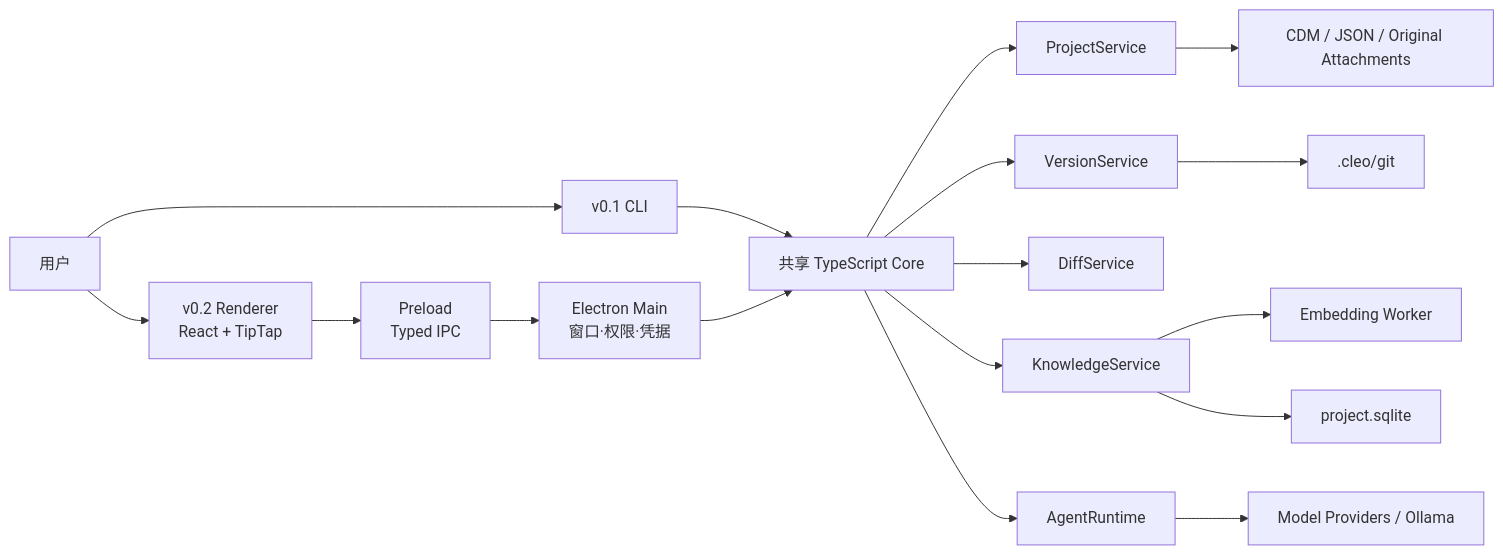
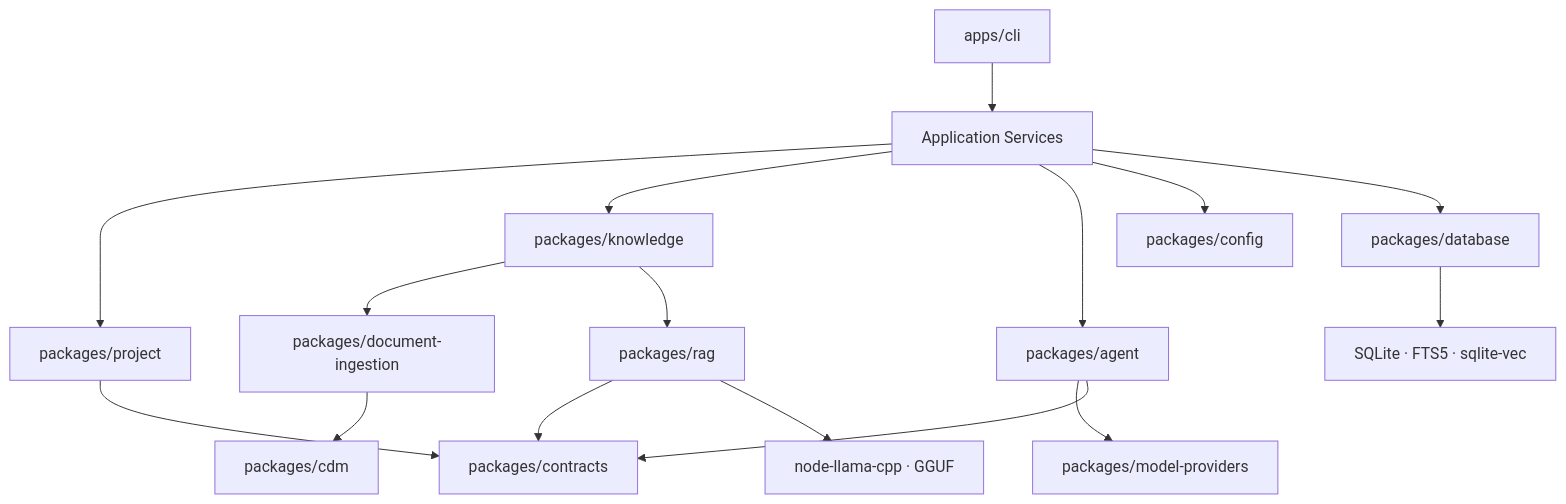
One commit to Mengman/CleoDoc changed the first of 3 diagrams in docs/TECHNICAL_ARCHITECTURE.md. Above: the diagram before and after it, drawn with Mermaid. The commit also changed other lines of this file and 13 other files, not shown here.

````diff
--- a/docs/TECHNICAL_ARCHITECTURE.md
+++ b/docs/TECHNICAL_ARCHITECTURE.md
@@ -95,19 +34,18 @@
 ```mermaid
-flowchart LR
-    USER["用户"] --> CLI["v0.1 CLI"]
-    CLI --> CORE["共享 TypeScript Core"]
-    USER --> UI["v0.2 Renderer<br/>React + TipTap"]
-    UI --> PRELOAD["Preload<br/>Typed IPC"]
-    PRELOAD --> MAIN["Electron Main<br/>窗口·权限·凭据"]
-    MAIN --> CORE
-    CORE --> PROJECT["ProjectService"]
-    CORE --> VERSION["VersionService"]
-    CORE --> DIFF["DiffService"]
-    CORE --> KNOWLEDGE["KnowledgeService"]
-    CORE --> AGENT["AgentRuntime"]
-    KNOWLEDGE --> WORKER["Embedding Worker"]
-    PROJECT --> FILES["CDM / JSON / Original Attachments"]
-    VERSION --> GIT[".cleo/git"]
-    KNOWLEDGE --> SQLITE["project.sqlite"]
-    AGENT --> MODELS["Model Providers / Ollama"]
+flowchart TB
+    CLI["apps/cli"] --> APP["Application Services"]
+    APP --> PROJECT["packages/project"]
+    APP --> KNOWLEDGE["packages/knowledge"]
+    APP --> AGENT["packages/agent"]
+    APP --> CONFIG["packages/config"]
+    AGENT --> PROVIDERS["packages/model-providers"]
+    KNOWLEDGE --> INGEST["packages/document-ingestion"]
+    KNOWLEDGE --> RAG["packages/rag"]
+    INGEST --> CDM["packages/cdm"]
+    APP --> DATABASE["packages/database"]
+    PROJECT --> CONTRACTS["packages/contracts"]
+    AGENT --> CONTRACTS
+    RAG --> CONTRACTS
+    DATABASE --> SQLITE["SQLite · FTS5 · sqlite-vec"]
+    RAG --> LLAMA["node-llama-cpp · GGUF"]
 ```
````
